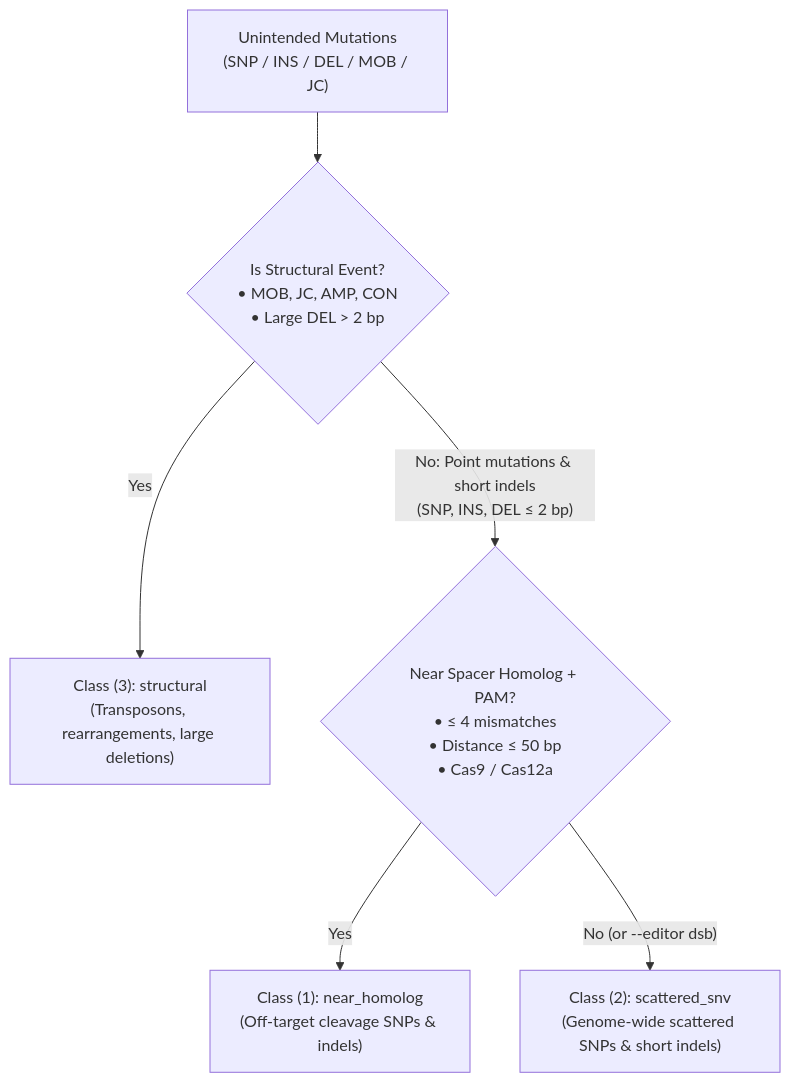
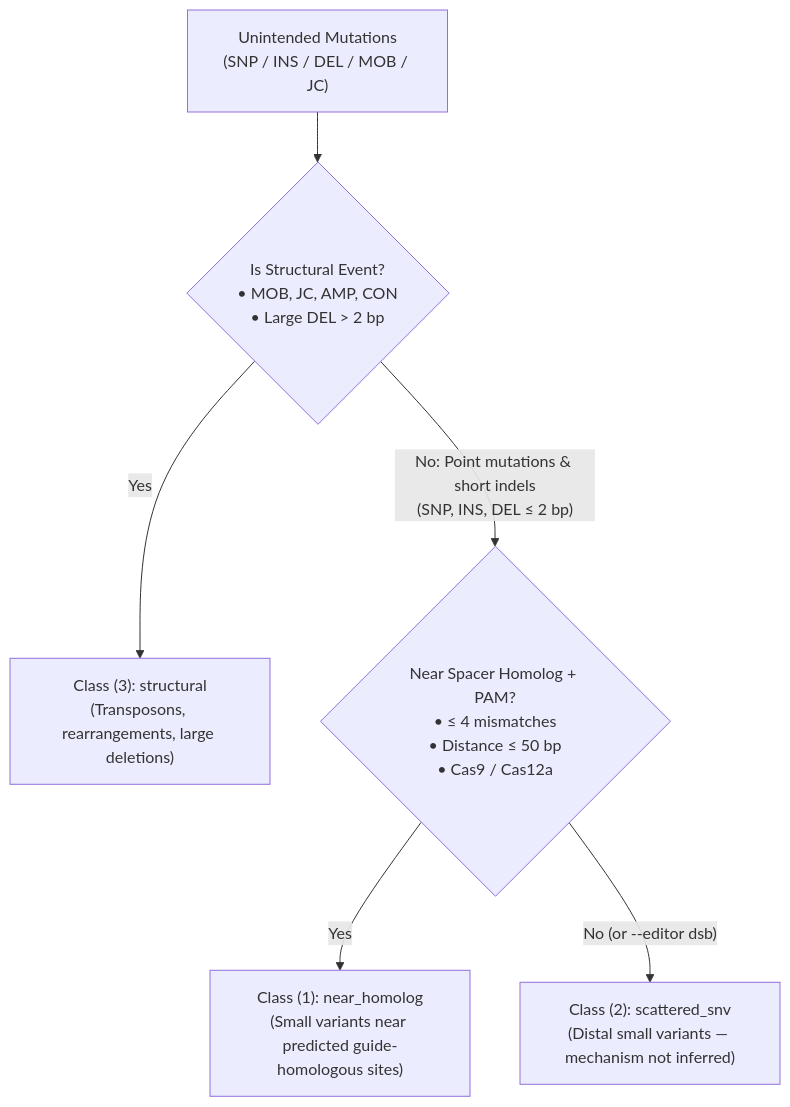
Before and after one commit to Caizhaohui/ProkaDiff: the diagram in README.md, drawn with Mermaid. The commit also changed other lines of this file and 25 other files, not shown here.

````diff
--- a/README.md
+++ b/README.md
@@ -229,8 +229,8 @@
 ```mermaid
 graph TD
     A["Unintended Mutations<br/>(SNP / INS / DEL / MOB / JC)"] --> B{"Is Structural Event?<br/>• MOB, JC, AMP, CON<br/>• Large DEL > 2 bp"}
     B -- "Yes" --> C["Class (3): structural<br/>(Transposons, rearrangements, large deletions)"]
     B -- "No: Point mutations & short indels<br/>(SNP, INS, DEL ≤ 2 bp)" --> D{"Near Spacer Homolog + PAM?<br/>• ≤ 4 mismatches<br/>• Distance ≤ 50 bp<br/>• Cas9 / Cas12a"}
-    D -- "Yes" --> E["Class (1): near_homolog<br/>(Off-target cleavage SNPs & indels)"]
-    D -- "No (or --editor dsb)" --> F["Class (2): scattered_snv<br/>(Genome-wide scattered SNPs & short indels)"]
+    D -- "Yes" --> E["Class (1): near_homolog<br/>(Small variants near predicted guide-homologous sites)"]
+    D -- "No (or --editor dsb)" --> F["Class (2): scattered_snv<br/>(Distal small variants — mechanism not inferred)"]
 ```
````
